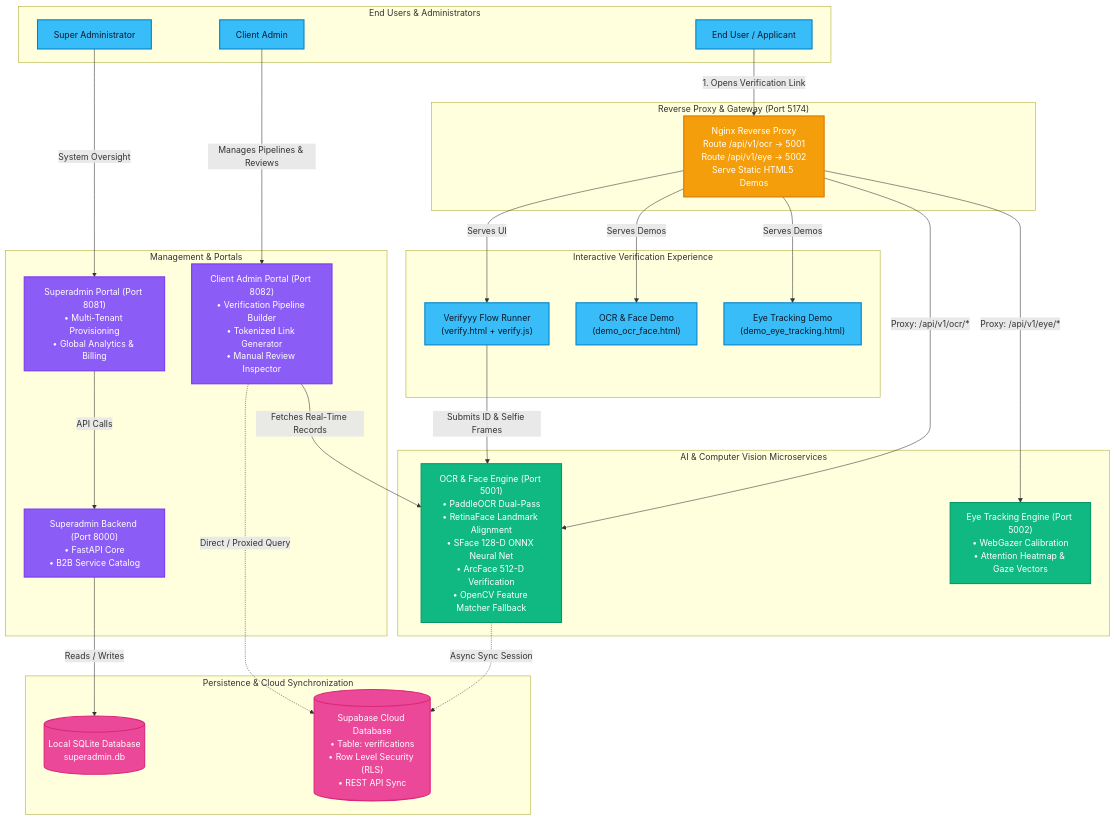
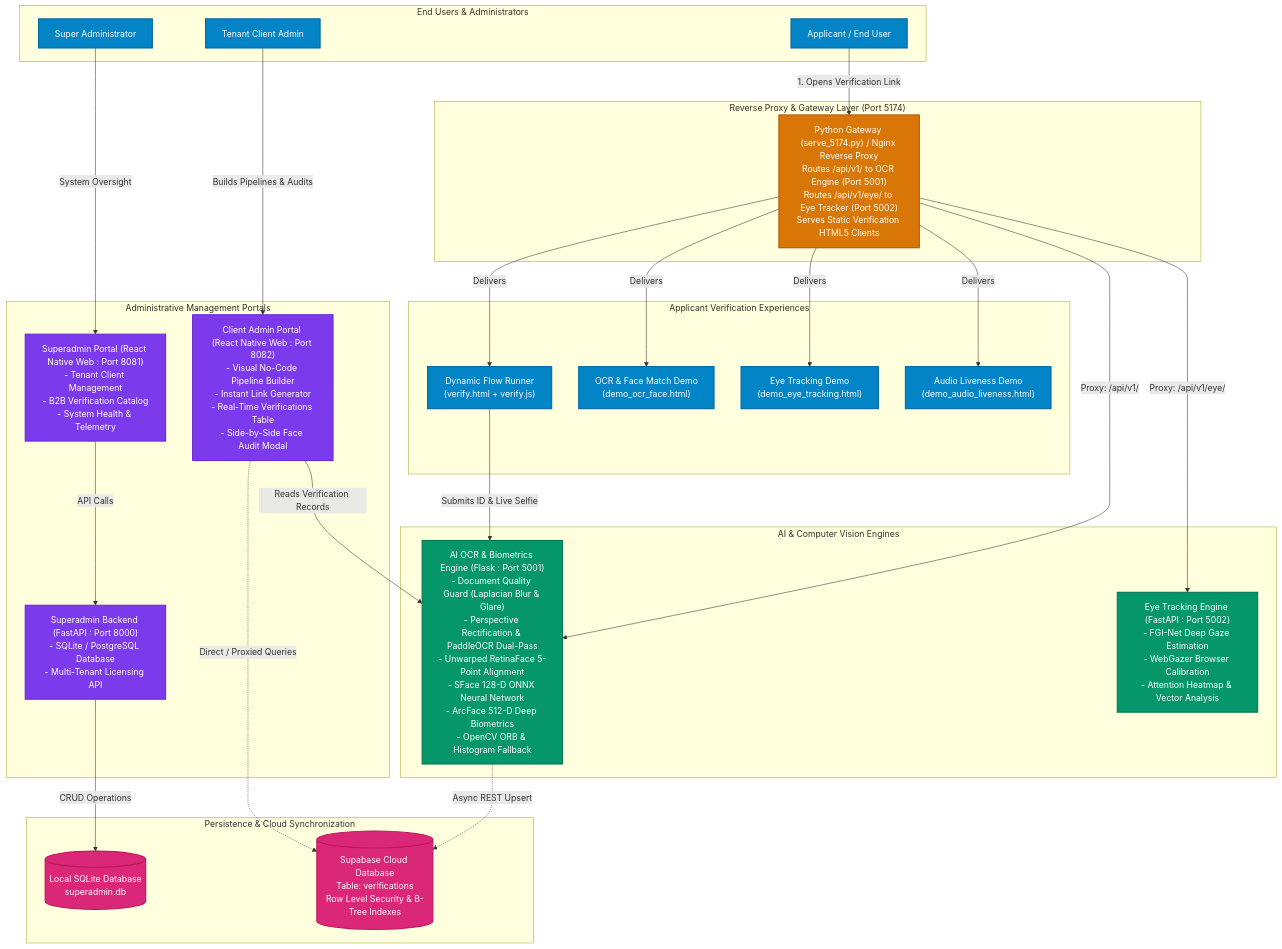
Before and after one commit to Saravanan2005real/identity-verify-mvp: the first of 6 diagrams in README.md, drawn with Mermaid. The commit also changed other lines of this file and 3 other files, not shown here.

Commit message:
docs & feat: update system architecture diagrams, expand README with multi-modal liveness & Supabase ERD, and configure gateway routing

````diff
--- a/README.md
+++ b/README.md
@@ -68,62 +98,64 @@
 ```mermaid
 graph TB
-    classDef client fill:#38bdf8,stroke:#0284c7,stroke-width:2px,color:#0f172a
-    classDef gateway fill:#f59e0b,stroke:#d97706,stroke-width:2px,color:#ffffff
-    classDef ai fill:#10b981,stroke:#059669,stroke-width:2px,color:#ffffff
-    classDef app fill:#8b5cf6,stroke:#7c3aed,stroke-width:2px,color:#ffffff
-    classDef data fill:#ec4899,stroke:#db2777,stroke-width:2px,color:#ffffff
+    classDef client fill:#0284c7,stroke:#0369a1,stroke-width:2px,color:#ffffff
+    classDef gateway fill:#d97706,stroke:#b45309,stroke-width:2px,color:#ffffff
+    classDef ai fill:#059669,stroke:#047857,stroke-width:2px,color:#ffffff
+    classDef app fill:#7c3aed,stroke:#6d28d9,stroke-width:2px,color:#ffffff
+    classDef data fill:#db2777,stroke:#be185d,stroke-width:2px,color:#ffffff
 
-    subgraph Users ["End Users & Administrators"]
-        Applicant["End User / Applicant"]:::client
-        TenantAdmin["Client Admin"]:::client
+    subgraph EndUsers ["End Users & Administrators"]
+        Applicant["Applicant / End User"]:::client
+        TenantAdmin["Tenant Client Admin"]:::client
         SuperAdmin["Super Administrator"]:::client
     end
 
-    subgraph GatewayLayer ["Reverse Proxy & Gateway (Port 5174)"]
-        Nginx["Nginx Reverse Proxy<br/>Route /api/v1/ocr -> 5001<br/>Route /api/v1/eye -> 5002<br/>Serve Static HTML5 Demos"]:::gateway
+    subgraph GatewayLayer ["Reverse Proxy & Gateway Layer (Port 5174)"]
+        Gateway["Python Gateway (serve_5174.py) / Nginx Reverse Proxy<br/>Routes /api/v1/ to OCR Engine (Port 5001)<br/>Routes /api/v1/eye/ to Eye Tracker (Port 5002)<br/>Serves Static Verification HTML5 Clients"]:::gateway
     end
 
-    subgraph VerificationRunner ["Interactive Verification Experience"]
-        FlowRunner["Verifyyy Flow Runner<br/>(verify.html + verify.js)"]:::client
-        OCRDemo["OCR & Face Demo<br/>(demo_ocr_face.html)"]:::client
+    subgraph VerificationClients ["Applicant Verification Experiences"]
+        FlowRunner["Dynamic Flow Runner<br/>(verify.html + verify.js)"]:::client
+        OCRDemo["OCR & Face Match Demo<br/>(demo_ocr_face.html)"]:::client
         EyeDemo["Eye Tracking Demo<br/>(demo_eye_tracking.html)"]:::client
+        AudioDemo["Audio Liveness Demo<br/>(demo_audio_liveness.html)"]:::client
     end
 
-    subgraph AIServices ["AI & Computer Vision Microservices"]
-        OCRService["OCR & Face Engine (Port 5001)<br/>• PaddleOCR Dual-Pass<br/>• RetinaFace Landmark Alignment<br/>• SFace 128-D ONNX Neural Net<br/>• ArcFace 512-D Verification<br/>• OpenCV Feature Matcher Fallback"]:::ai
-        EyeService["Eye Tracking Engine (Port 5002)<br/>• WebGazer Calibration<br/>• Attention Heatmap & Gaze Vectors"]:::ai
+    subgraph AIMicroservices ["AI & Computer Vision Engines"]
+        OCRService["AI OCR & Biometrics Engine (Flask : Port 5001)<br/>- Document Quality Guard (Laplacian Blur & Glare)<br/>- Perspective Rectification & PaddleOCR Dual-Pass<br/>- Unwarped RetinaFace 5-Point Alignment<br/>- SFace 128-D ONNX Neural Network<br/>- ArcFace 512-D Deep Biometrics<br/>- OpenCV ORB & Histogram Fallback"]:::ai
+        EyeService["Eye Tracking Engine (FastAPI : Port 5002)<br/>- FGI-Net Deep Gaze Estimation<br/>- WebGazer Browser Calibration<br/>- Attention Heatmap & Vector Analysis"]:::ai
     end
 
-    subgraph AdminApplications ["Management & Portals"]
-        AdminFE["Client Admin Portal (Port 8082)<br/>• Verification Pipeline Builder<br/>• Tokenized Link Generator<br/>• Manual Review Inspector"]:::app
-        SuperAdminFE["Superadmin Portal (Port 8081)<br/>• Multi-Tenant Provisioning<br/>• Global Analytics & Billing"]:::app
-        SuperAdminBE["Superadmin Backend (Port 8000)<br/>• FastAPI Core<br/>• B2B Service Catalog"]:::app
+    subgraph ManagementApps ["Administrative Management Portals"]
+        AdminFE["Client Admin Portal (React Native Web : Port 8082)<br/>- Visual No-Code Pipeline Builder<br/>- Instant Link Generator<br/>- Real-Time Verifications Table<br/>- Side-by-Side Face Audit Modal"]:::app
+        SuperAdminFE["Superadmin Portal (React Native Web : Port 8081)<br/>- Tenant Client Management<br/>- B2B Verification Catalog<br/>- System Health & Telemetry"]:::app
+        SuperAdminBE["Superadmin Backend (FastAPI : Port 8000)<br/>- SQLite / PostgreSQL Database<br/>- Multi-Tenant Licensing API"]:::app
     end
 
-    subgraph StorageLayer ["Persistence & Cloud Synchronization"]
+    subgraph StorageTier ["Persistence & Cloud Synchronization"]
         LocalDB[("Local SQLite Database<br/>superadmin.db")]:::data
-        SupabaseDB[("Supabase Cloud Database<br/>• Table: verifications<br/>• Row Level Security (RLS)<br/>• REST API Sync")]:::data
+        SupabaseCloud[("Supabase Cloud Database<br/>Table: verifications<br/>Row Level Security & B-Tree Indexes")]:::data
     end
 
-    %% User Interactions
-    Applicant -->|"1. Opens Verification Link"| Nginx
-    TenantAdmin -->|"Manages Pipelines & Reviews"| AdminFE
+    %% User Connections
+    Applicant -->|"1. Opens Verification Link"| Gateway
+    TenantAdmin -->|"Builds Pipelines & Audits"| AdminFE
     SuperAdmin -->|"System Oversight"| SuperAdminFE
 
     %% Gateway Routing
-    Nginx -->|"Serves UI"| FlowRunner
-    Nginx -->|"Serves Demos"| OCRDemo
-    Nginx -->|"Serves Demos"| EyeDemo
-    Nginx -->|"Proxy: /api/v1/ocr/*"| OCRService
-    Nginx -->|"Proxy: /api/v1/eye/*"| EyeService
+    Gateway -->|"Delivers"| FlowRunner
+    Gateway -->|"Delivers"| OCRDemo
+    Gateway -->|"Delivers"| EyeDemo
+    Gateway -->|"Delivers"| AudioDemo
+    Gateway -->|"Proxy: /api/v1/"| OCRService
+    Gateway -->|"Proxy: /api/v1/eye/"| EyeService
 
-    %% Applications
-    FlowRunner -->|"Submits ID & Selfie Frames"| OCRService
-    AdminFE -->|"Fetches Real-Time Records"| OCRService
+    %% Microservice Interactions
+    FlowRunner -->|"Submits ID & Live Selfie"| OCRService
+    AdminFE -->|"Reads Verification Records"| OCRService
     SuperAdminFE -->|"API Calls"| SuperAdminBE
-    SuperAdminBE -->|"Reads / Writes"| LocalDB
+    SuperAdminBE -->|"CRUD Operations"| LocalDB
 
     %% Cloud Sync
-    OCRService -.->|"Async Sync Session"| SupabaseDB
-    AdminFE -.->|"Direct / Proxied Query"| SupabaseDB
+    OCRService -.->|"Async REST Upsert"| SupabaseCloud
+    AdminFE -.->|"Direct / Proxied Queries"| SupabaseCloud
 ```
````
